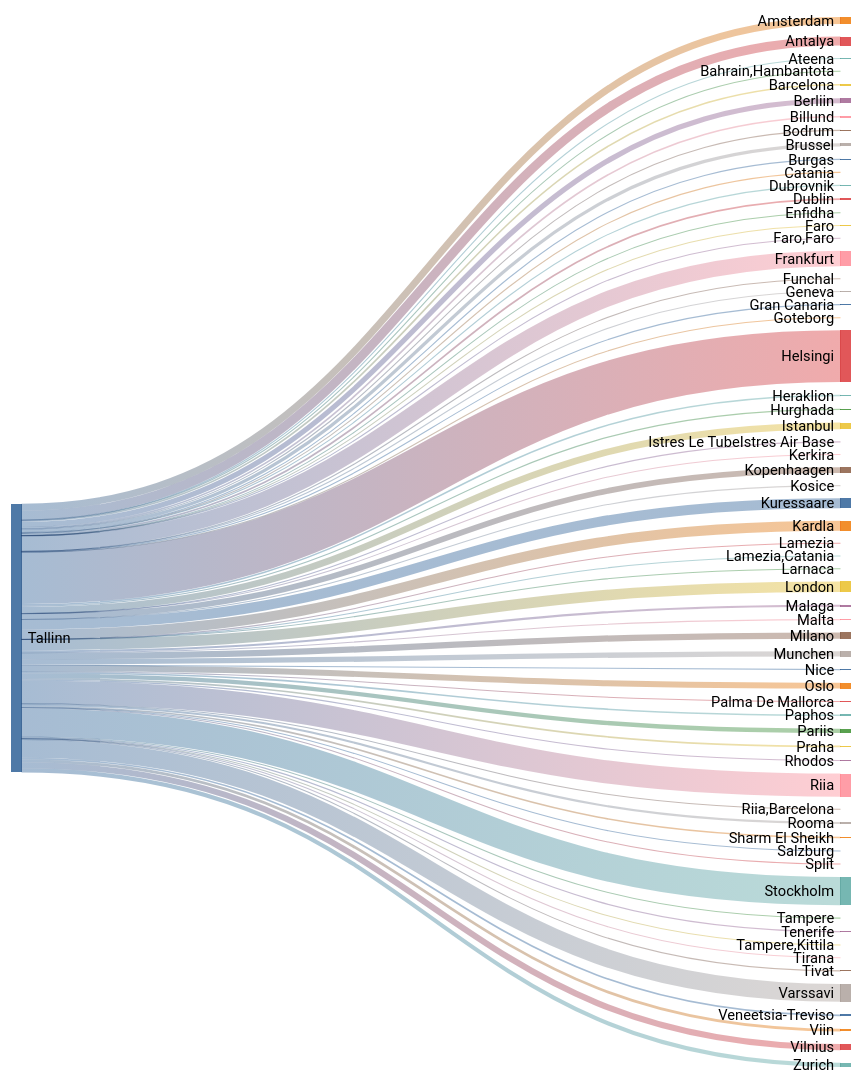
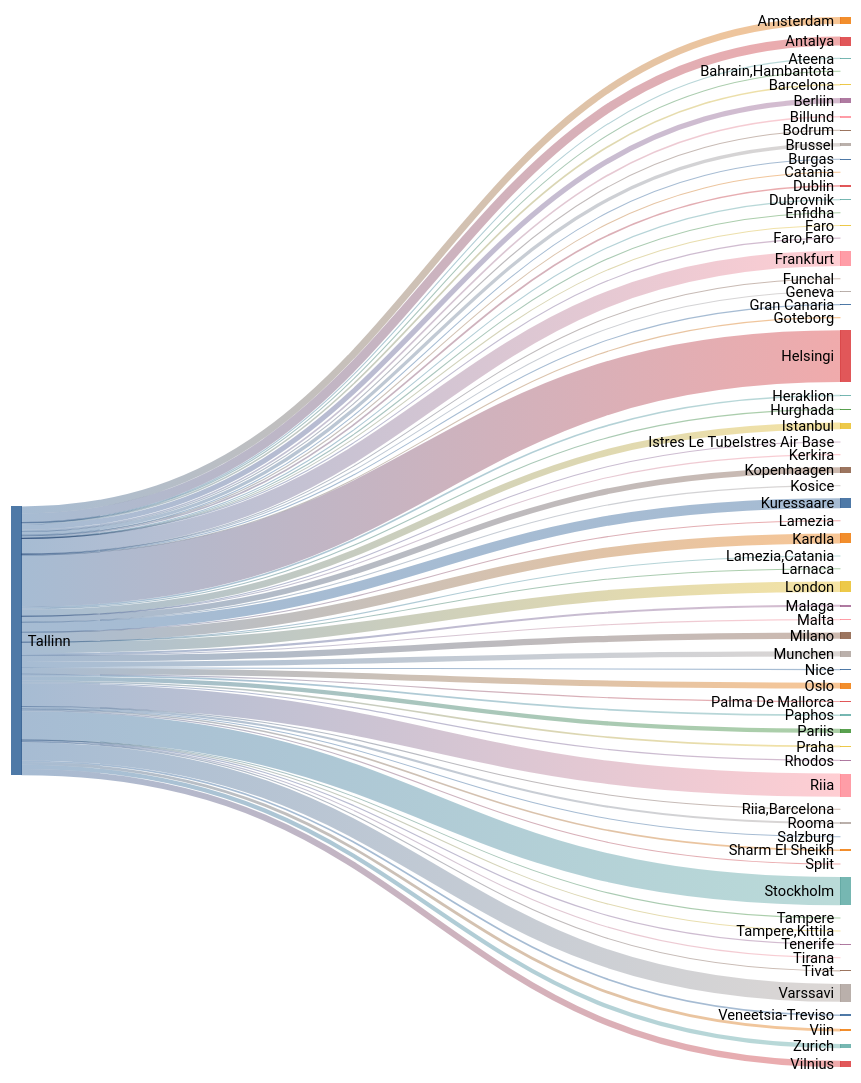
The second of 2 diagrams in README.md (rainermesi/tll-airport-departures), drawn with Mermaid (forest theme) before and after one commit. The commit also changed other lines of this file, not shown here.

````diff
--- a/README.md
+++ b/README.md
@@ -34,76 +34,76 @@
 ```mermaid
 ---
 config:
   sankey:
     showValues: false
     width: 800
     height: 1000
 ---
 sankey-beta
 %% source,target,value
-Tallinn,Amsterdam,205
+Tallinn,Amsterdam,207
 Tallinn,Antalya,264
 Tallinn,Ateena,16
 Tallinn,"Bahrain,Hambantota",1
 Tallinn,Barcelona,48
-Tallinn,Berliin,153
+Tallinn,Berliin,154
 Tallinn,Billund,49
 Tallinn,Bodrum,11
-Tallinn,Brussel,96
+Tallinn,Brussel,97
 Tallinn,Burgas,21
 Tallinn,Catania,2
-Tallinn,Dublin,49
+Tallinn,Dublin,50
 Tallinn,Dubrovnik,21
 Tallinn,Enfidha,7
 Tallinn,Faro,4
 Tallinn,"Faro,Faro",1
-Tallinn,Frankfurt,452
+Tallinn,Frankfurt,455
 Tallinn,Funchal,5
 Tallinn,Geneva,4
 Tallinn,Gran Canaria,24
 Tallinn,Goteborg,1
-Tallinn,Helsingi,1526
+Tallinn,Helsingi,1535
 Tallinn,Heraklion,46
 Tallinn,Hurghada,34
-Tallinn,Istanbul,197
+Tallinn,Istanbul,199
 Tallinn,Istres Le TubeIstres Air Base,2
 Tallinn,Kerkira,4
-Tallinn,Kopenhaagen,169
+Tallinn,Kopenhaagen,170
 Tallinn,Kosice,1
-Tallinn,Kuressaare,293
-Tallinn,Kardla,293
+Tallinn,Kuressaare,295
+Tallinn,Kardla,295
 Tallinn,Lamezia,1
 Tallinn,"Lamezia,Catania",3
 Tallinn,Larnaca,4
-Tallinn,London,315
+Tallinn,London,316
 Tallinn,Malaga,62
 Tallinn,Malta,15
-Tallinn,Milano,184
+Tallinn,Milano,185
 Tallinn,Munchen,156
 Tallinn,Nice,25
-Tallinn,Oslo,175
+Tallinn,Oslo,176
 Tallinn,Palma De Mallorca,19
-Tallinn,Paphos,48
-Tallinn,Pariis,128
+Tallinn,Paphos,49
+Tallinn,Pariis,129
 Tallinn,Praha,49
 Tallinn,Rhodos,32
-Tallinn,Riia,682
+Tallinn,Riia,686
 Tallinn,"Riia,Barcelona",1
 Tallinn,Rooma,62
 Tallinn,Salzburg,5
-Tallinn,Sharm El Sheikh,47
+Tallinn,Sharm El Sheikh,48
 Tallinn,Split,25
-Tallinn,Stockholm,831
+Tallinn,Stockholm,834
 Tallinn,Tampere,17
 Tallinn,"Tampere,Kittila",5
-Tallinn,Tenerife,35
+Tallinn,Tenerife,36
 Tallinn,Tirana,8
 Tallinn,Tivat,26
-Tallinn,Varssavi,528
+Tallinn,Varssavi,531
 Tallinn,Veneetsia-Treviso,50
-Tallinn,Viin,80
-Tallinn,Vilnius,182
-Tallinn,Zurich,123
+Tallinn,Viin,81
+Tallinn,Vilnius,183
+Tallinn,Zurich,124
 
 
 ```
````
